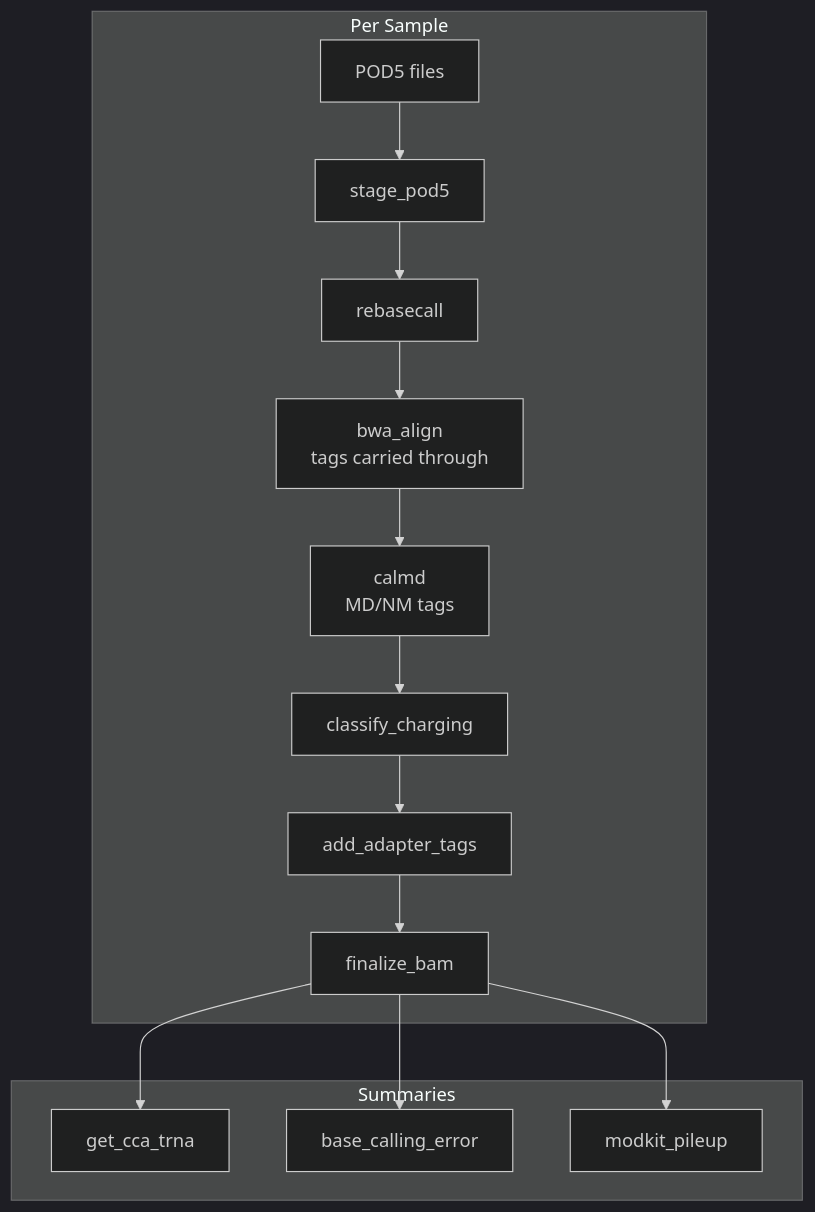
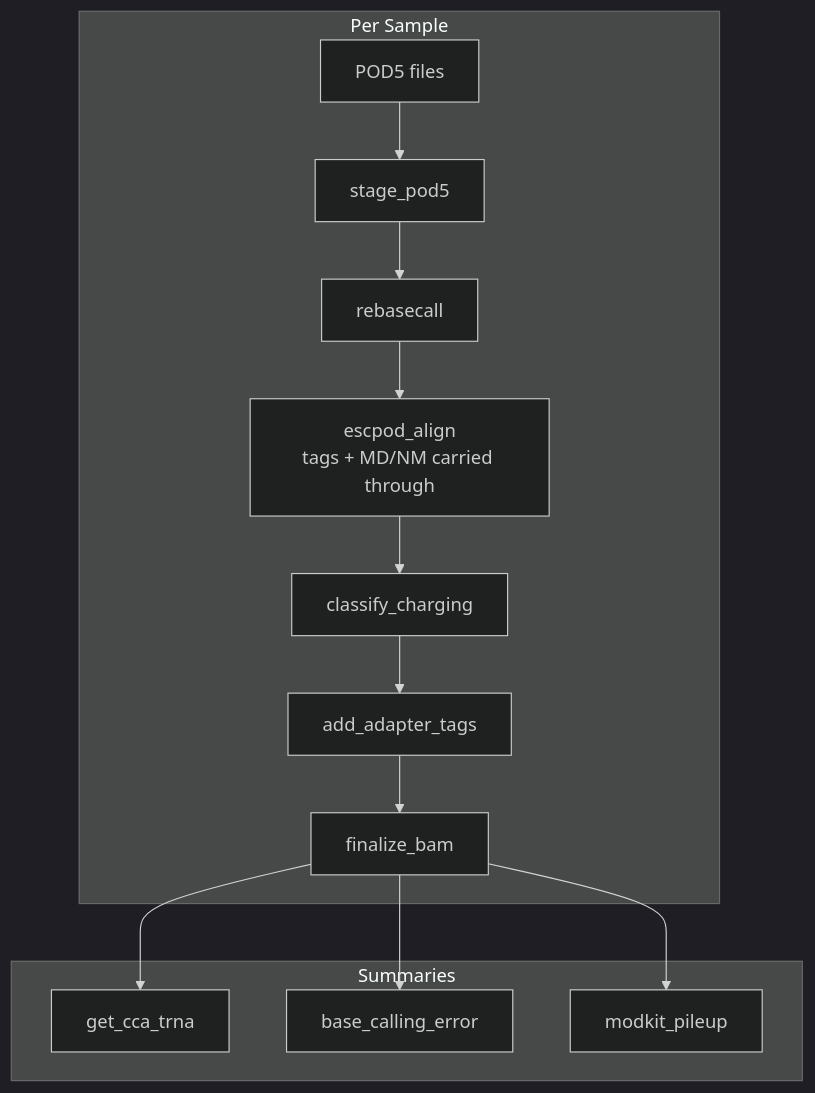
The third of 4 diagrams in docs/development/architecture.md (rnabioco/aa-tRNA-seq-pipeline), drawn with Mermaid (dark theme) before and after one commit. The commit also changed other lines of this file and 42 other files, not shown here.

First line of the commit message:
feat(align): replace bwa_align + calmd with escpod align

````diff
--- a/docs/development/architecture.md
+++ b/docs/development/architecture.md
@@ -173,18 +173,17 @@
 ```mermaid
 flowchart TD
     subgraph Per Sample
         A[POD5 files] --> B[stage_pod5]
         B --> C[rebasecall]
-        C --> E[bwa_align<br/>tags carried through]
-        E --> D2[calmd<br/>MD/NM tags]
-        D2 --> F[classify_charging]
+        C --> E[escpod_align<br/>tags + MD/NM carried through]
+        E --> F[classify_charging]
         F --> G2[add_adapter_tags]
         G2 --> G[finalize_bam]
     end
 
     subgraph Summaries
         G --> H[get_cca_trna]
         G --> I[base_calling_error]
         G --> J[modkit_pileup]
     end
 ```
````
